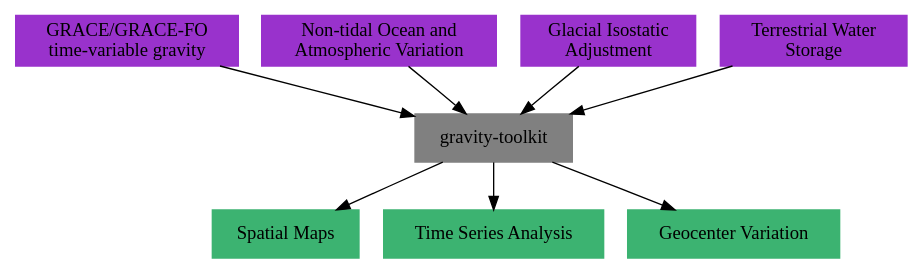
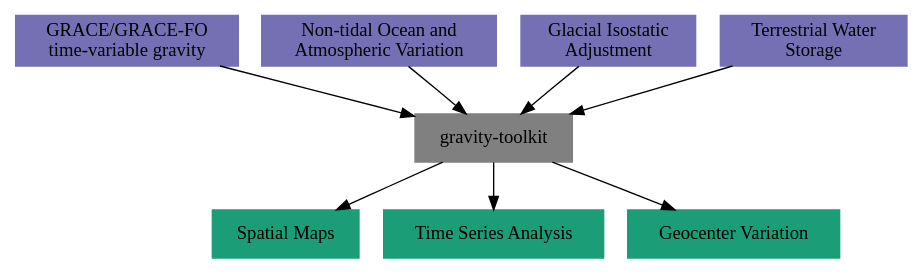
The diagram in doc/source/getting_started/Background.rst (tsutterley/gravity-toolkit), drawn with Graphviz before and after one commit.

```diff
--- a/doc/source/getting_started/Background.rst
+++ b/doc/source/getting_started/Background.rst
@@ -18,24 +18,24 @@
 .. graphviz::
     :caption: Data Processing Framework
     :align: center
 
     digraph {
-        G [label="GRACE/GRACE-FO\ntime-variable gravity" shape=box style="filled" color="darkorchid"]
-        A [label="Non-tidal Ocean and\nAtmospheric Variation" shape=box style="filled" color="darkorchid"]
-        I [label="Glacial Isostatic\nAdjustment" shape=box style="filled" color="darkorchid"]
-        W [label="Terrestrial Water\nStorage" shape=box style="filled" color="darkorchid"]
+        G [label="GRACE/GRACE-FO\ntime-variable gravity" shape=box style="filled" color="#7570b3"]
+        A [label="Non-tidal Ocean and\nAtmospheric Variation" shape=box style="filled" color="#7570b3"]
+        I [label="Glacial Isostatic\nAdjustment" shape=box style="filled" color="#7570b3"]
+        W [label="Terrestrial Water\nStorage" shape=box style="filled" color="#7570b3"]
         R [label="gravity-toolkit" shape=box style="filled" color="gray"]
-        S [label="Spatial Maps" shape=box style="filled" color="mediumseagreen"
+        S [label="Spatial Maps" shape=box style="filled" color="#1b9e77"
             URL="Spatial-Maps.html"]
-        T [label="Time Series Analysis" shape=box style="filled" color="mediumseagreen"
+        T [label="Time Series Analysis" shape=box style="filled" color="#1b9e77"
             URL="Time-Series-Analysis.html"]
-        D [label="Geocenter Variation" shape=box style="filled" color="mediumseagreen"
+        D [label="Geocenter Variation" shape=box style="filled" color="#1b9e77"
             URL="Geocenter-Variations.html"]
         G -> R
         A -> R
         I -> R
         W -> R
         R -> S
         R -> T
         R -> D
     }
```
